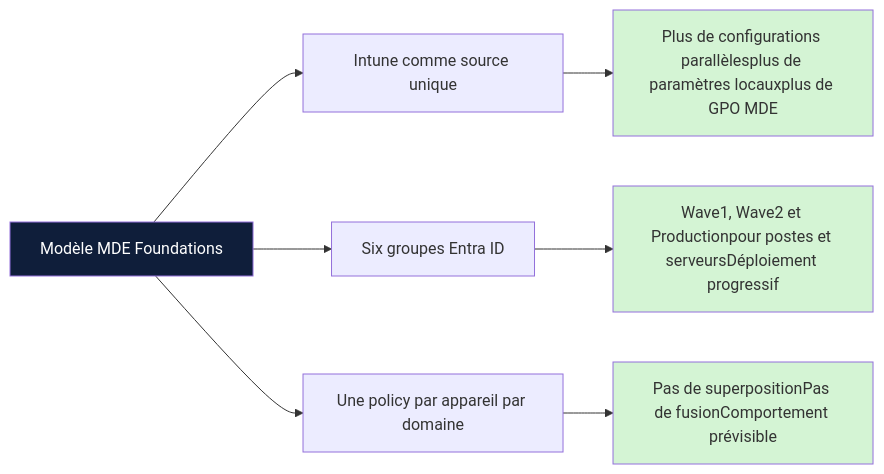
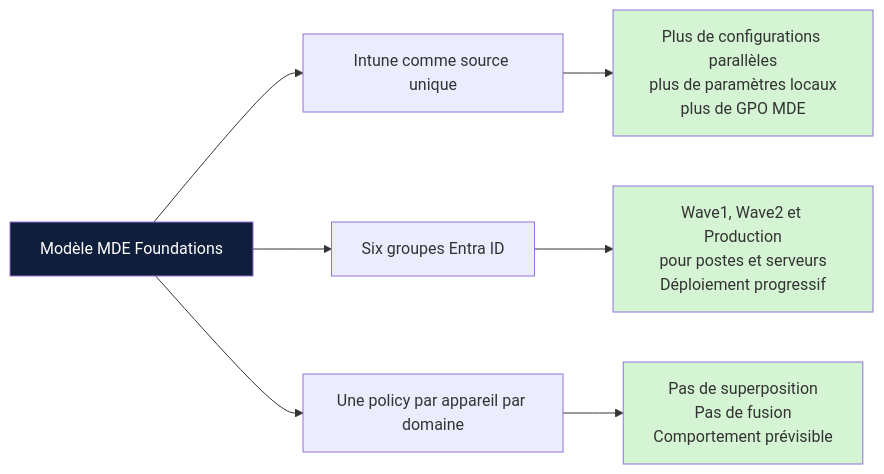
Before and after one commit to sebastienmiro/sebastienmiro.github.io: the second of 3 diagrams in _posts/series/mde-foundations/2025-05-16-mde-foundations-ep1-etat-des-lieux-feuille-de-route.md, drawn with Mermaid. The commit also changed other lines of this file, not shown here.

First line of the commit message:
Improve clarity and structure of MDE Foundations episode 1

````diff
--- a/_posts/series/mde-foundations/2025-05-16-mde-foundations-ep1-etat-des-lieux-feuille-de-route.md
+++ b/_posts/series/mde-foundations/2025-05-16-mde-foundations-ep1-etat-des-lieux-feuille-de-route.md
@@ -90,15 +80,15 @@
 ```mermaid
 flowchart LR
     A[Modèle MDE Foundations] --> B[Intune comme source unique]
     A --> C[Six groupes Entra ID]
     A --> D[Une policy par appareil par domaine]
 
-    B --> B1[Plus de configurations parallèlesplus de paramètres locauxplus de GPO MDE]
-    C --> C1[Wave1, Wave2 et Productionpour postes et serveursDéploiement progressif]
-    D --> D1[Pas de superpositionPas de fusionComportement prévisible]
+    B --> B1[Plus de configurations parallèles<br/>plus de paramètres locaux<br/>plus de GPO MDE]
+    C --> C1[Wave1, Wave2 et Production<br/>pour postes et serveurs<br/>Déploiement progressif]
+    D --> D1[Pas de superposition<br/>Pas de fusion<br/>Comportement prévisible]
 
     style A fill:#0f1e3a,color:#fff
     style B1 fill:#d4f4d4
     style C1 fill:#d4f4d4
     style D1 fill:#d4f4d4
 ```
````
